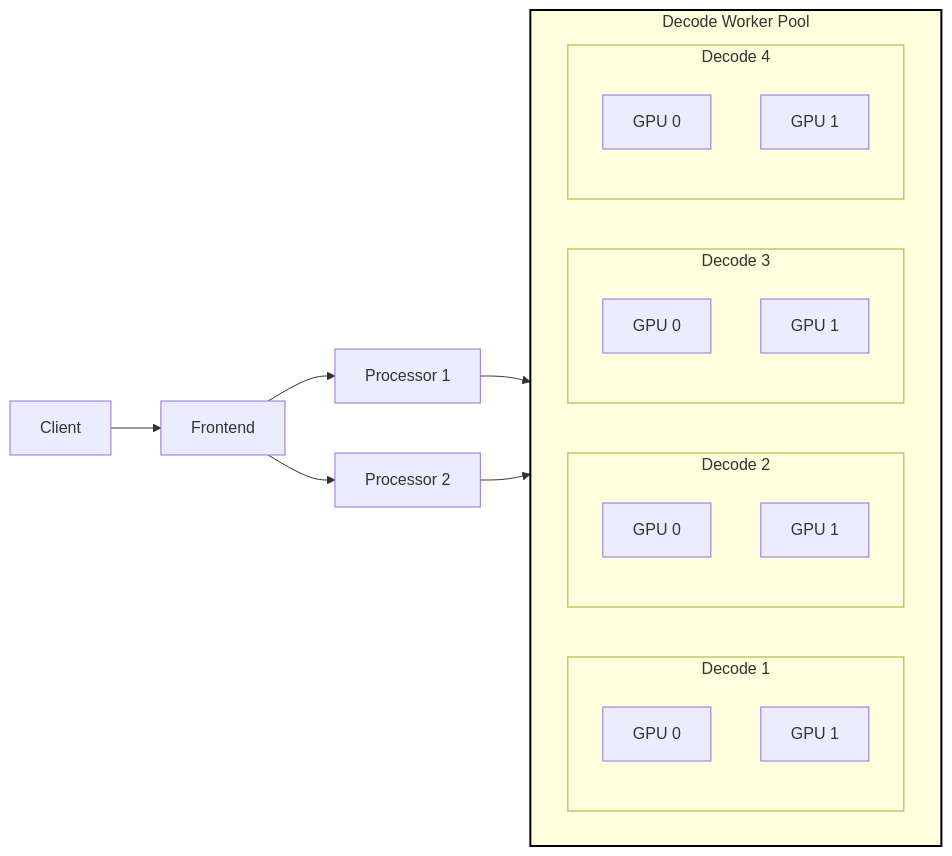
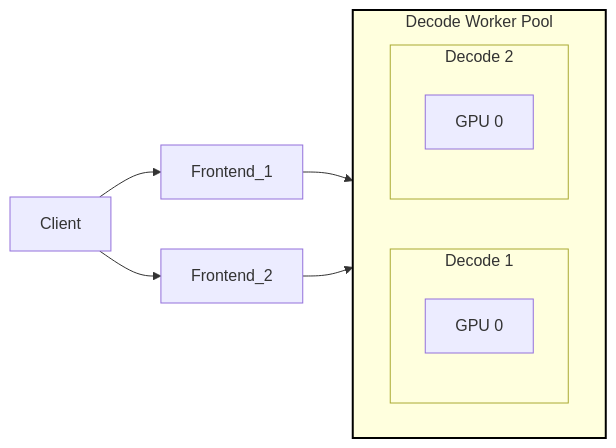
The third of 5 diagrams in tests/fault_tolerance/deploy/README.md (vickiegpt/dynamo), drawn with Mermaid before and after one commit. The commit also changed other lines of this file and 2 other files, not shown here.

````diff
--- a/tests/fault_tolerance/deploy/README.md
+++ b/tests/fault_tolerance/deploy/README.md
@@ -249,40 +269,26 @@
 ```mermaid
 graph LR
     Client["Client"]
-    Frontend["Frontend"]
-    Processor_1["Processor 1"]
-    Processor_2["Processor 2"]
+    Frontend_1["Frontend_1"]
+    Frontend_2["Frontend_2"]
 
-    Client --> Frontend
-    Frontend --> Processor_1
-    Frontend --> Processor_2
+    Client --> Frontend_1
+    Client --> Frontend_2
+
+    Frontend_1 --> DecodePool
+    Frontend_2 --> DecodePool
 
     subgraph DecodePool["Decode Worker Pool"]
         direction LR
         subgraph Decode1["Decode 1"]
             direction TB
             D1GPU0["GPU 0"]
-            D1GPU1["GPU 1"]
         end
         subgraph Decode2["Decode 2"]
             direction TB
             D2GPU0["GPU 0"]
-            D2GPU1["GPU 1"]
-        end
-        subgraph Decode3["Decode 3"]
-            direction TB
-            D3GPU0["GPU 0"]
-            D3GPU1["GPU 1"]
-        end
-        subgraph Decode4["Decode 4"]
-            direction TB
-            D4GPU0["GPU 0"]
-            D4GPU1["GPU 1"]
         end
     end
 
-    Processor_1 --> DecodePool
-    Processor_2 --> DecodePool
-
     style DecodePool stroke:#000,stroke-width:2px
 ```
````
